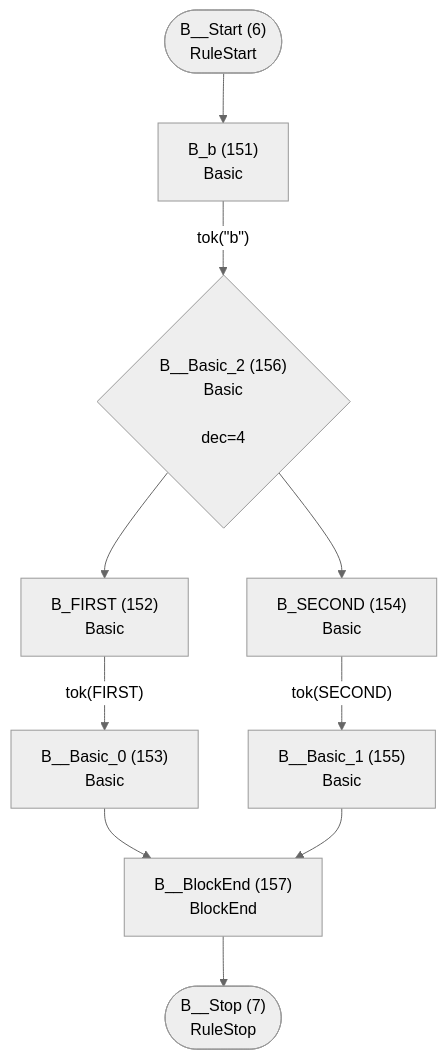
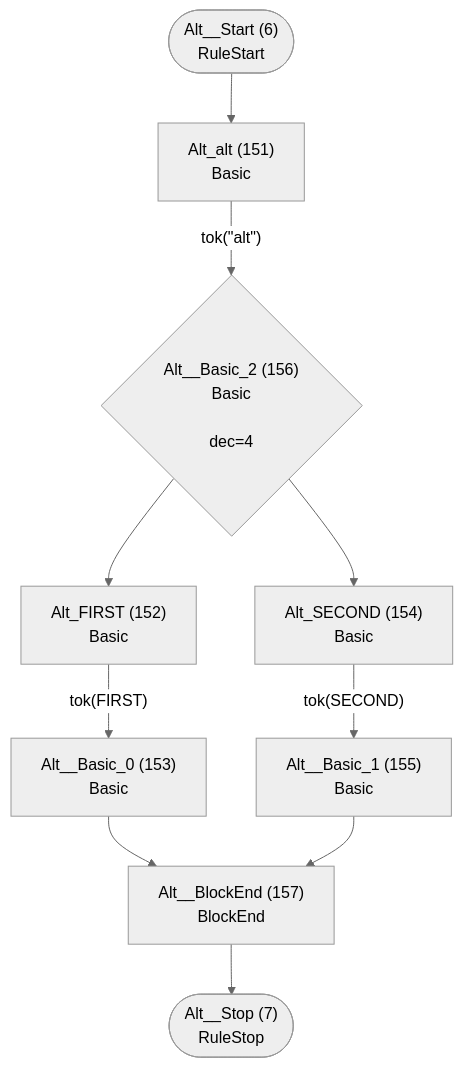
The fourth of 41 diagrams in internal/languages/completion/atn.md (TypeFox/fastbelt), drawn with Mermaid (neutral theme) before and after one commit. The commit also changed other lines of this file and 11 other files, not shown here.

````diff
--- a/internal/languages/completion/atn.md
+++ b/internal/languages/completion/atn.md
@@ -200,22 +200,22 @@
 ```mermaid
 flowchart TD
-    q6(["B__Start (6)<br/>RuleStart"])
-    q7(["B__Stop (7)<br/>RuleStop"])
-    q151["B_b (151)<br/>Basic<br/>"]
-    q152["B_FIRST (152)<br/>Basic<br/>"]
-    q153["B__Basic_0 (153)<br/>Basic<br/>"]
-    q154["B_SECOND (154)<br/>Basic<br/>"]
-    q155["B__Basic_1 (155)<br/>Basic<br/>"]
-    q156{"B__Basic_2 (156)<br/>Basic<br/><br/>dec=4"}
-    q157["B__BlockEnd (157)<br/>BlockEnd<br/>"]
+    q6(["Alt__Start (6)<br/>RuleStart"])
+    q7(["Alt__Stop (7)<br/>RuleStop"])
+    q151["Alt_alt (151)<br/>Basic<br/>"]
+    q152["Alt_FIRST (152)<br/>Basic<br/>"]
+    q153["Alt__Basic_0 (153)<br/>Basic<br/>"]
+    q154["Alt_SECOND (154)<br/>Basic<br/>"]
+    q155["Alt__Basic_1 (155)<br/>Basic<br/>"]
+    q156{"Alt__Basic_2 (156)<br/>Basic<br/><br/>dec=4"}
+    q157["Alt__BlockEnd (157)<br/>BlockEnd<br/>"]
 
     q6 --> q151
-    q151 -->|"tok(&quot;b&quot;)"| q156
+    q151 -->|"tok(&quot;alt&quot;)"| q156
     q152 -->|"tok(FIRST)"| q153
     q153 --> q157
     q154 -->|"tok(SECOND)"| q155
     q155 --> q157
     q156 --> q152
     q156 --> q154
     q157 --> q7
 ```
````
